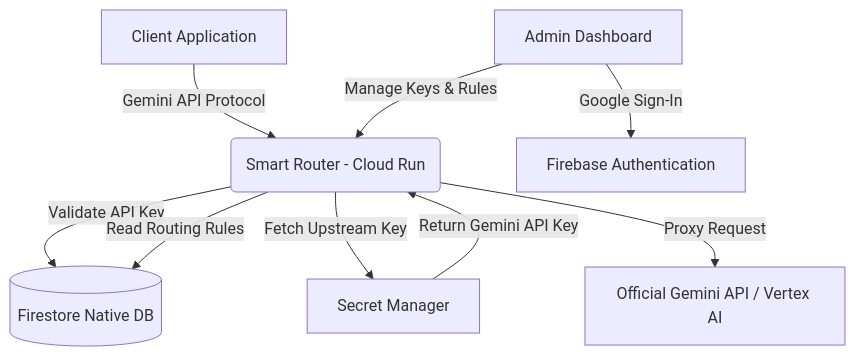
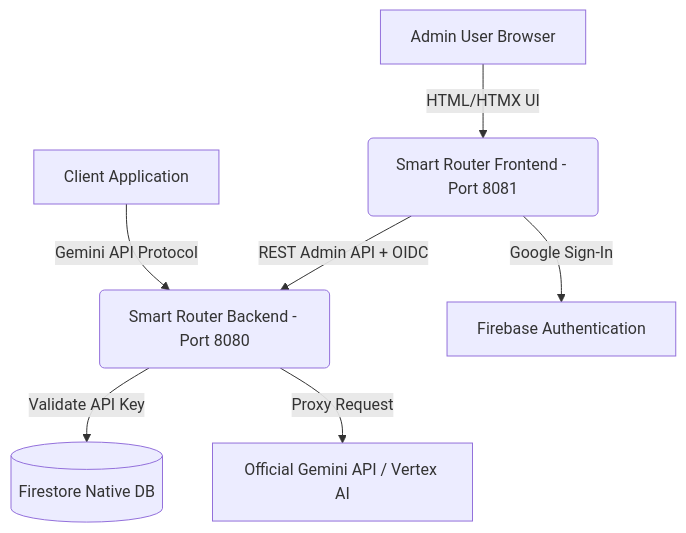
One commit to davenportjw/smartrouter changed the diagram in README.md. Above: the diagram before and after it, drawn with Mermaid. The commit also changed other lines of this file and 57 other files, not shown here.

Commit message:
refactor: migrate dashboard templates to frontend package and split project into distinct backend and frontend services

````diff
--- a/README.md
+++ b/README.md
@@ -16,12 +16,9 @@
 ```mermaid
 flowchart TD
-    A[Client Application] -->|Gemini API Protocol| B(Smart Router - Cloud Run)
+    A[Client Application] -->|Gemini API Protocol| B(Smart Router Backend - Port 8080)
+    A2[Admin User Browser] -->|HTML/HTMX UI| B2(Smart Router Frontend - Port 8081)
+    B2 -->|REST Admin API + OIDC| B
     B -->|Validate API Key| C[(Firestore Native DB)]
-    B -->|Read Routing Rules| C
-    B -->|Fetch Upstream Key| D[Secret Manager]
-    D -->|Return Gemini API Key| B
     B -->|Proxy Request| E[Official Gemini API / Vertex AI]
-    
-    F[Admin Dashboard] -->|Manage Keys & Rules| B
-    F -->|Google Sign-In| G[Firebase Authentication]
+    B2 -->|Google Sign-In| G[Firebase Authentication]
 ```
````
